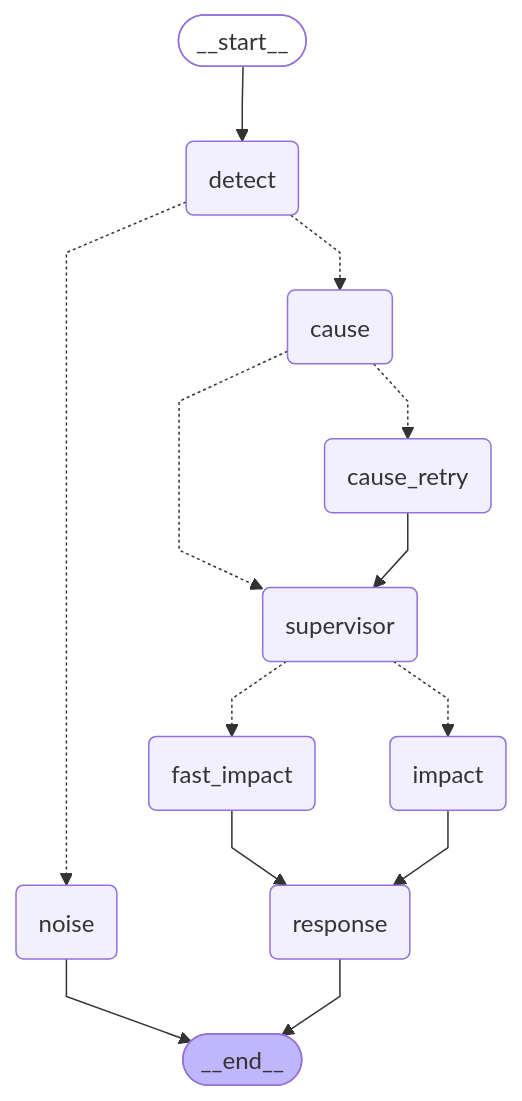
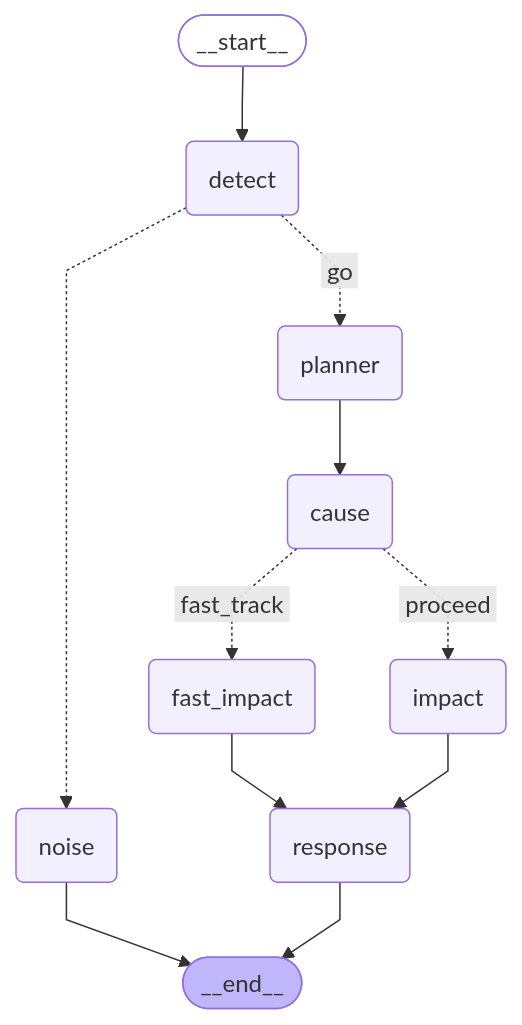
The diagram in docs/orchestrator_graph.mmd (FabAgentGroup/fabAgent), drawn with Mermaid before and after one commit.

Commit message:
docs(orchestrator): conductor 그래프 mermaid 재생성

```diff
--- a/docs/orchestrator_graph.mmd
+++ b/docs/orchestrator_graph.mmd
@@ -1,31 +1,28 @@
 ---
 config:
   flowchart:
     curve: linear
 ---
 graph TD;
 	__start__([<p>__start__</p>]):::first
 	detect(detect)
 	noise(noise)
+	planner(planner)
 	cause(cause)
-	cause_retry(cause_retry)
-	supervisor(supervisor)
 	impact(impact)
 	fast_impact(fast_impact)
 	response(response)
 	__end__([<p>__end__</p>]):::last
 	__start__ --> detect;
-	cause -.-> cause_retry;
-	cause -.-> supervisor;
-	cause_retry --> supervisor;
-	detect -.-> cause;
+	cause -. &nbsp;fast_track&nbsp; .-> fast_impact;
+	cause -. &nbsp;proceed&nbsp; .-> impact;
 	detect -.-> noise;
+	detect -. &nbsp;go&nbsp; .-> planner;
 	fast_impact --> response;
 	impact --> response;
-	supervisor -.-> fast_impact;
-	supervisor -.-> impact;
+	planner --> cause;
 	noise --> __end__;
 	response --> __end__;
 	classDef default fill:#f2f0ff,line-height:1.2
 	classDef first fill-opacity:0
 	classDef last fill:#bfb6fc
```
